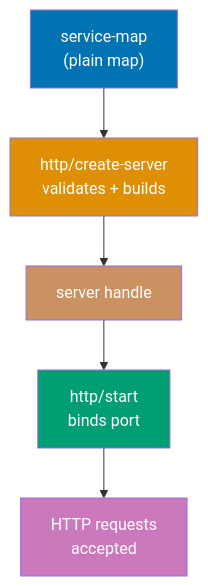
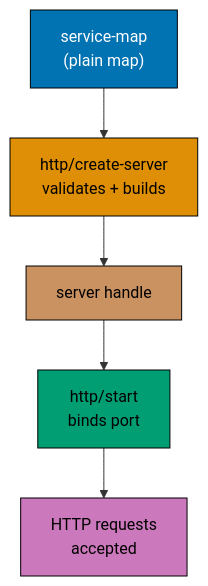
The first of 2 diagrams in apps/ayokoding-www/content/en/learn/legacy/software-engineering/platforms/web/tools/clojure-pedestal/by-example/beginner.md (wahidyankf/ose-public), drawn with Mermaid before and after one commit. The commit also changed other lines of this file and 130 other files, not shown here.

First line of the commit message:
fix(mermaid): bring the legacy platforms diagrams onto the accessible palette

````diff
--- a/apps/ayokoding-www/content/en/learn/legacy/software-engineering/platforms/web/tools/clojure-pedestal/by-example/beginner.md
+++ b/apps/ayokoding-www/content/en/learn/legacy/software-engineering/platforms/web/tools/clojure-pedestal/by-example/beginner.md
@@ -29,13 +29,21 @@
 ```mermaid
 graph TD
+  accTitle: Example 1: Minimal Pedestal Service
+  accDescr: Graph with 5 nodes and 4 connections. Nodes: service-map (plain map), http/create-server validates + builds, server handle, http/start binds port, HTTP requests accepted. Connections: service-map (plain map) to http/create-server validates + builds, http/create-server validates + builds to server handle, server handle to http/start binds port, http/start binds port to HTTP requests accepted.
   A["service-map<br/>(plain map)"] --> B["http/create-server<br/>validates + builds"]
   B --> C["server handle"]
   C --> D["http/start<br/>binds port"]
   D --> E["HTTP requests<br/>accepted"]
 
-  style A fill:#0173B2,color:#fff
-  style B fill:#DE8F05,color:#fff
-  style C fill:#CA9161,color:#fff
-  style D fill:#029E73,color:#fff
-  style E fill:#CC78BC,color:#fff
+  classDef pal-0173B2 fill:#0173B2,stroke:#000000,color:#FFFFFF
+  class A pal-0173B2
+  classDef pal-DE8F05 fill:#DE8F05,stroke:#000000,color:#000000
+  class B pal-DE8F05
+  classDef pal-CA9161 fill:#CA9161,stroke:#000000,color:#000000
+  class C pal-CA9161
+  classDef pal-029E73 fill:#029E73,stroke:#000000,color:#000000
+  class D pal-029E73
+  classDef pal-CC78BC fill:#CC78BC,stroke:#000000,color:#000000
+  class E pal-CC78BC
+  classDef default fill:#FFFFFF,stroke:#000000,color:#000000
 ```
````
